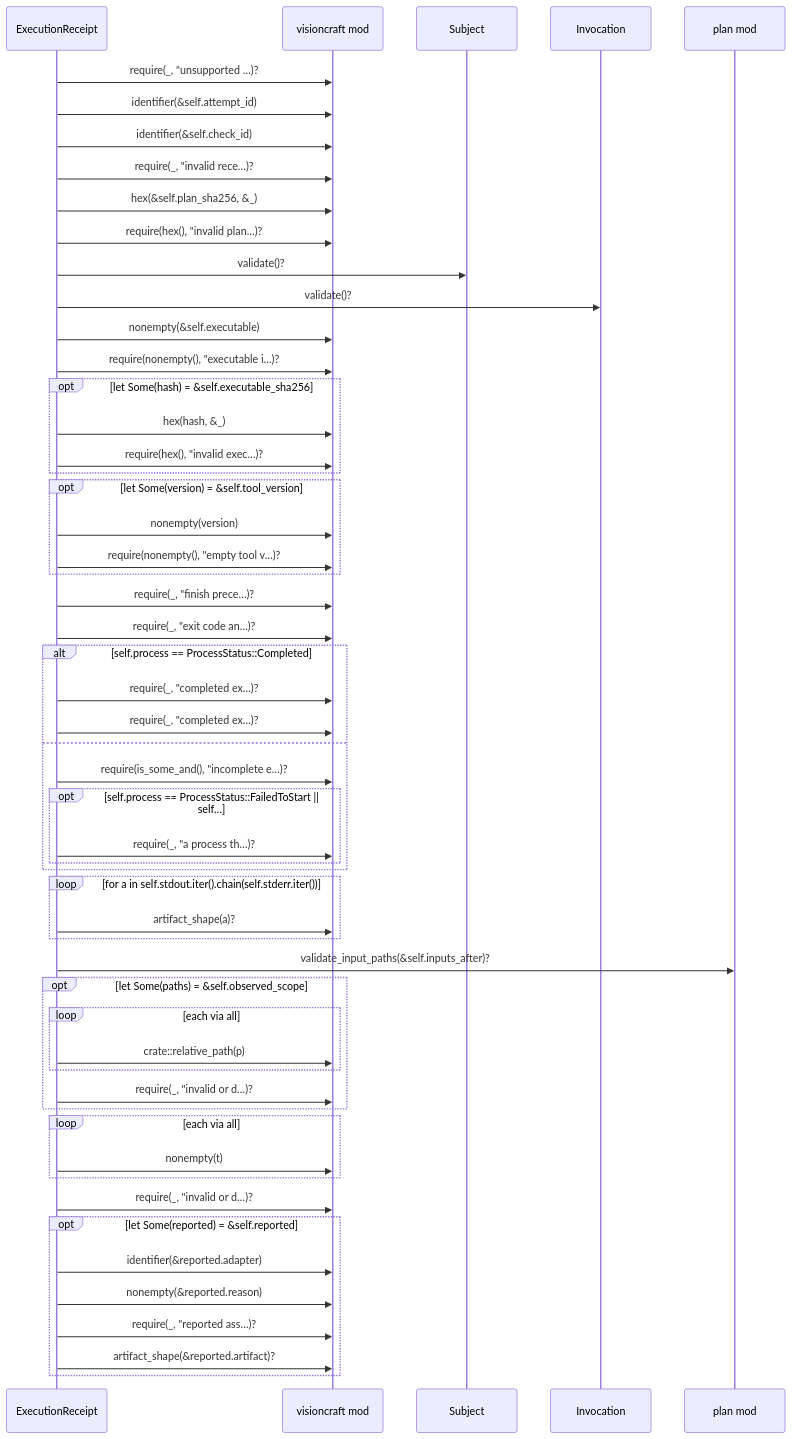
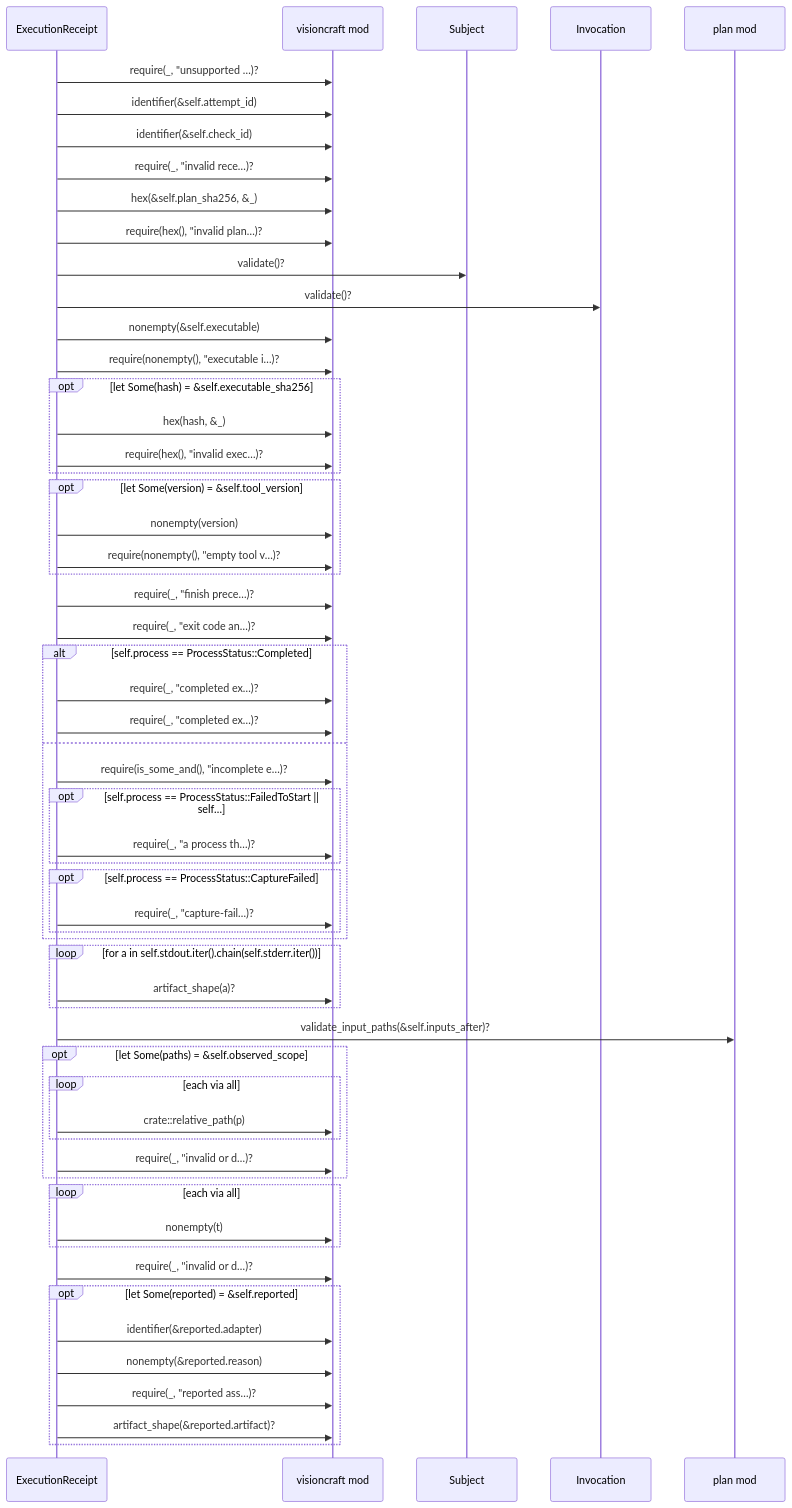
Before and after one commit to DreamLab-AI/visioncraft: the second of 2 diagrams in docs/diagrams/generated/src/evidence.rs.md, drawn with Mermaid. The commit also changed other lines of this file and 4 other files, not shown here.

First line of the commit message:
dream(evidence-and-gates): Given the ExecutionReceipt doc contract where… (#10)

````diff
--- a/docs/diagrams/generated/src/evidence.rs.md
+++ b/docs/diagrams/generated/src/evidence.rs.md
@@ -141,57 +141,60 @@
 ```mermaid
 sequenceDiagram
   participant visioncraft__evidence___tExecutionReceipt as ExecutionReceipt
   participant visioncraft as visioncraft mod
   participant visioncraft__plan___tSubject as Subject
   participant visioncraft__plan___tInvocation as Invocation
   participant visioncraft__plan as plan mod
   visioncraft__evidence___tExecutionReceipt->>visioncraft: require(_, #quot;unsupported …)?
   visioncraft__evidence___tExecutionReceipt->>visioncraft: identifier(&self.attempt_id)
   visioncraft__evidence___tExecutionReceipt->>visioncraft: identifier(&self.check_id)
   visioncraft__evidence___tExecutionReceipt->>visioncraft: require(_, #quot;invalid rece…)?
   visioncraft__evidence___tExecutionReceipt->>visioncraft: hex(&self.plan_sha256, &_)
   visioncraft__evidence___tExecutionReceipt->>visioncraft: require(hex(), #quot;invalid plan…)?
   visioncraft__evidence___tExecutionReceipt->>visioncraft__plan___tSubject: validate()?
   visioncraft__evidence___tExecutionReceipt->>visioncraft__plan___tInvocation: validate()?
   visioncraft__evidence___tExecutionReceipt->>visioncraft: nonempty(&self.executable)
   visioncraft__evidence___tExecutionReceipt->>visioncraft: require(nonempty(), #quot;executable i…)?
   opt let Some(hash) = &self.executable_sha256
     visioncraft__evidence___tExecutionReceipt->>visioncraft: hex(hash, &_)
     visioncraft__evidence___tExecutionReceipt->>visioncraft: require(hex(), #quot;invalid exec…)?
   end
   opt let Some(version) = &self.tool_version
     visioncraft__evidence___tExecutionReceipt->>visioncraft: nonempty(version)
     visioncraft__evidence___tExecutionReceipt->>visioncraft: require(nonempty(), #quot;empty tool v…)?
   end
   visioncraft__evidence___tExecutionReceipt->>visioncraft: require(_, #quot;finish prece…)?
   visioncraft__evidence___tExecutionReceipt->>visioncraft: require(_, #quot;exit code an…)?
   alt self.process == ProcessStatus::Completed
     visioncraft__evidence___tExecutionReceipt->>visioncraft: require(_, #quot;completed ex…)?
     visioncraft__evidence___tExecutionReceipt->>visioncraft: require(_, #quot;completed ex…)?
   else
     visioncraft__evidence___tExecutionReceipt->>visioncraft: require(is_some_and(), #quot;incomplete e…)?
     opt self.process == ProcessStatus::FailedToStart || self…
       visioncraft__evidence___tExecutionReceipt->>visioncraft: require(_, #quot;a process th…)?
     end
+    opt self.process == ProcessStatus::CaptureFailed
+      visioncraft__evidence___tExecutionReceipt->>visioncraft: require(_, #quot;capture-fail…)?
+    end
   end
   loop for a in self.stdout.iter().chain(self.stderr.iter())
     visioncraft__evidence___tExecutionReceipt->>visioncraft: artifact_shape(a)?
   end
   visioncraft__evidence___tExecutionReceipt->>visioncraft__plan: validate_input_paths(&self.inputs_after)?
   opt let Some(paths) = &self.observed_scope
     loop each via all
       visioncraft__evidence___tExecutionReceipt->>visioncraft: crate::relative_path(p)
     end
     visioncraft__evidence___tExecutionReceipt->>visioncraft: require(_, #quot;invalid or d…)?
   end
   loop each via all
     visioncraft__evidence___tExecutionReceipt->>visioncraft: nonempty(t)
   end
   visioncraft__evidence___tExecutionReceipt->>visioncraft: require(_, #quot;invalid or d…)?
   opt let Some(reported) = &self.reported
     visioncraft__evidence___tExecutionReceipt->>visioncraft: identifier(&reported.adapter)
     visioncraft__evidence___tExecutionReceipt->>visioncraft: nonempty(&reported.reason)
     visioncraft__evidence___tExecutionReceipt->>visioncraft: require(_, #quot;reported ass…)?
     visioncraft__evidence___tExecutionReceipt->>visioncraft: artifact_shape(&reported.artifact)?
   end
 ```
````
